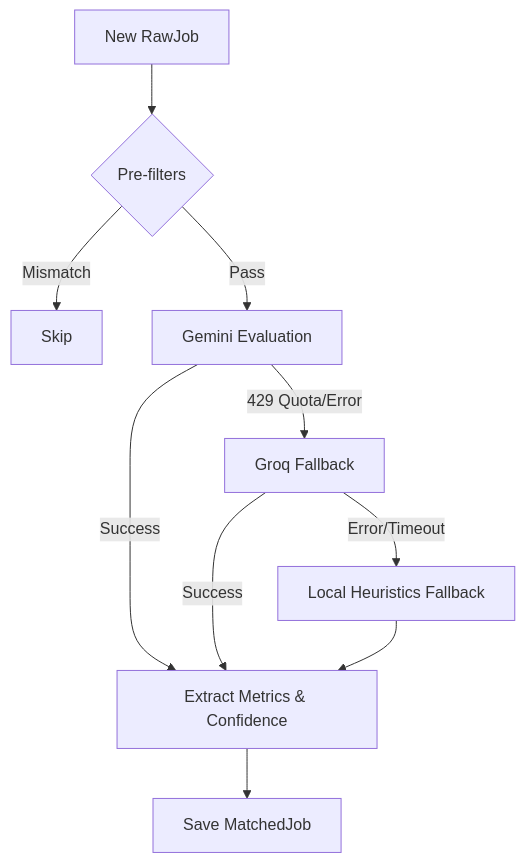
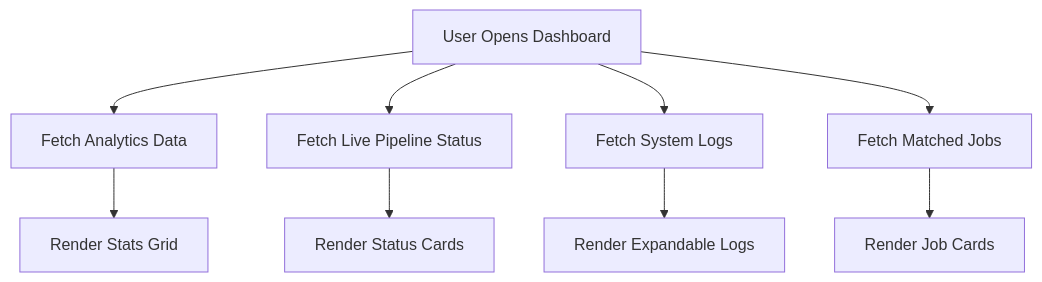
The fifth of 6 diagrams in README.md (vbv0507/jobfinder), drawn with Mermaid before and after one commit. The commit also changed other lines of this file, not shown here.

````diff
--- a/README.md
+++ b/README.md
@@ -65,12 +144,12 @@
 ```mermaid
 graph TD
-    A[New RawJob] --> B{Pre-filters}
-    B -->|Mismatch| C[Skip]
-    B -->|Pass| D[Gemini Evaluation]
-    D -->|429 Quota/Error| E[Groq Fallback]
-    D -->|Success| G
-    E -->|Error/Timeout| F[Local Heuristics Fallback]
-    E -->|Success| G
-    F --> G[Extract Metrics & Confidence]
-    G --> H[Save MatchedJob]
+    A[User Opens Dashboard] --> B[Fetch Analytics Data]
+    A --> C[Fetch Live Pipeline Status]
+    A --> D[Fetch System Logs]
+    A --> E[Fetch Matched Jobs]
+    
+    B --> F[Render Stats Grid]
+    C --> G[Render Status Cards]
+    D --> H[Render Expandable Logs]
+    E --> I[Render Job Cards]
 ```
````
